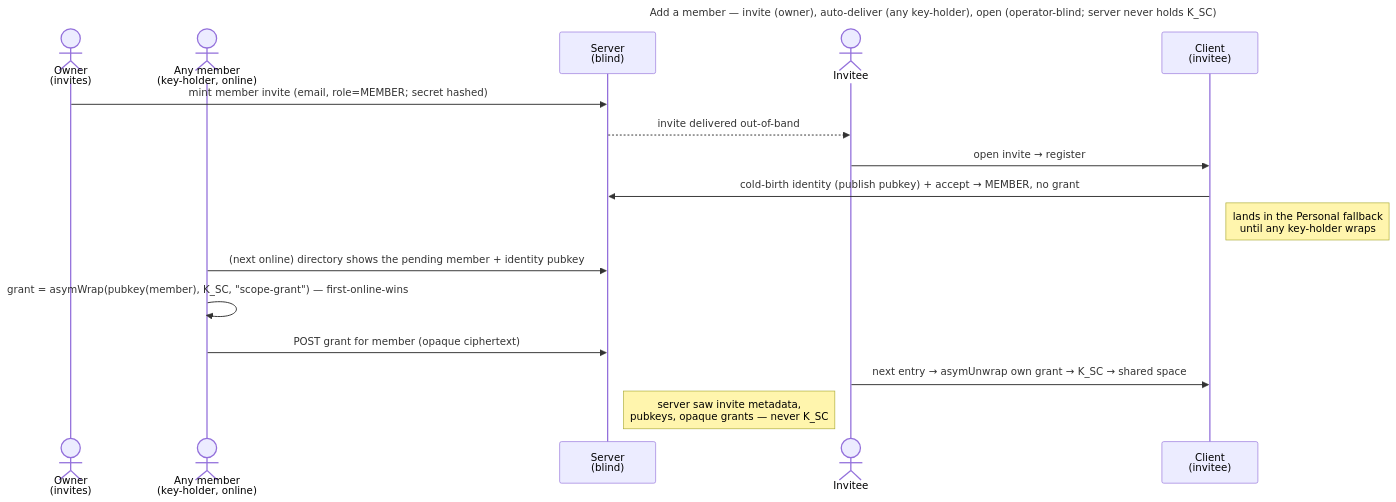
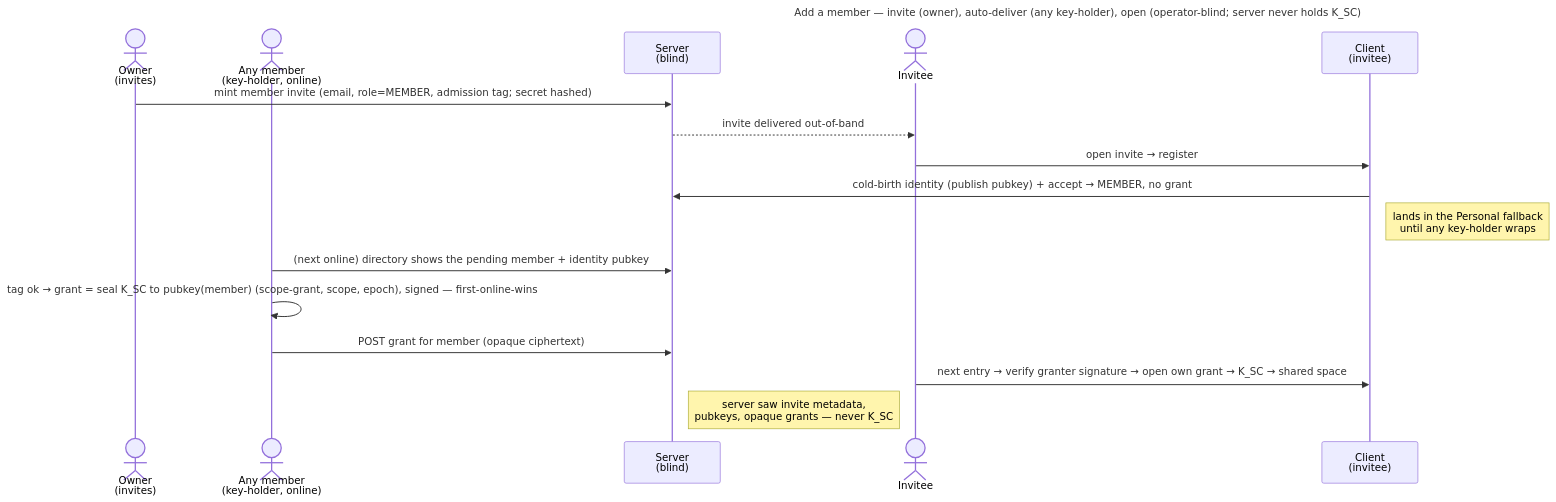
Before and after one commit to raddatzk/veyq: the diagram in docs/features/spaces/use-cases/uc.spaces.add-member.md, drawn with Mermaid. The commit also changed other lines of this file and 32 other files, not shown here.

First line of the commit message:
docs: a seal binds its object; admission is a key-holder act; cold credentials prove the Secret Key

````diff
--- a/docs/features/spaces/use-cases/uc.spaces.add-member.md
+++ b/docs/features/spaces/use-cases/uc.spaces.add-member.md
@@ -44,21 +49,21 @@
 ```mermaid
 ---
 title: Add a member — invite (owner), auto-deliver (any key-holder), open (operator-blind; server never holds K_SC)
 ---
 sequenceDiagram
   actor O as Owner<br>(invites)
   actor M as Any member<br>(key-holder, online)
   participant S as Server<br>(blind)
   actor I as Invitee
   participant CI as Client<br>(invitee)
-  O->>S: mint member invite (email, role=MEMBER#59; secret hashed)
+  O->>S: mint member invite (email, role=MEMBER, admission tag#59; secret hashed)
   S-->>I: invite delivered out-of-band
   I->>CI: open invite → register
   CI->>S: cold-birth identity (publish pubkey) + accept → MEMBER, no grant
   Note right of CI: lands in the Personal fallback<br>until any key-holder wraps
   M->>S: (next online) directory shows the pending member + identity pubkey
-  M->>M: grant = asymWrap(pubkey(member), K_SC, "scope-grant")  — first-online-wins
+  M->>M: tag ok → grant = seal K_SC to pubkey(member) (scope-grant, scope, epoch), signed — first-online-wins
   M->>S: POST grant for member (opaque ciphertext)
-  I->>CI: next entry → asymUnwrap own grant → K_SC → shared space
+  I->>CI: next entry → verify granter signature → open own grant → K_SC → shared space
   Note right of S: server saw invite metadata,<br>pubkeys, opaque grants — never K_SC
 ```
````
